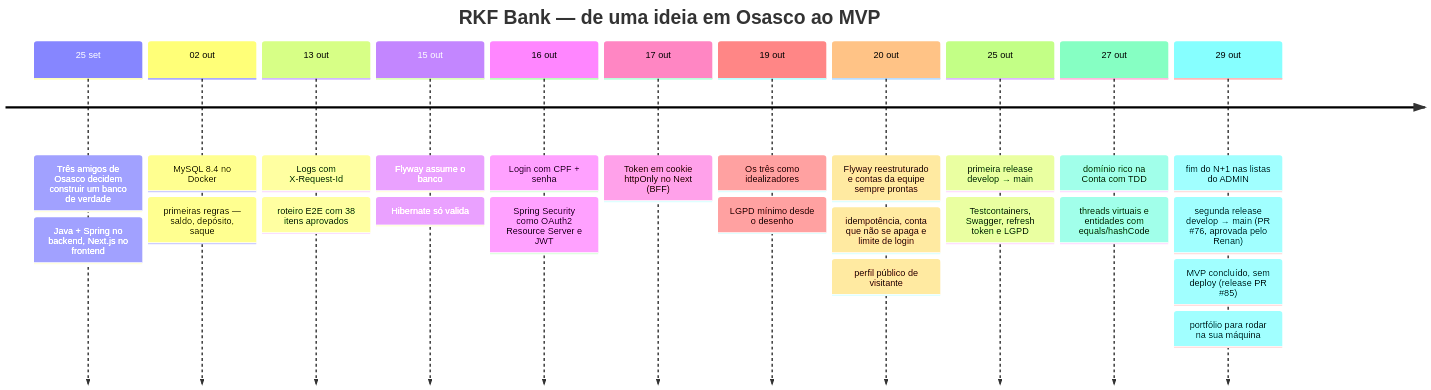
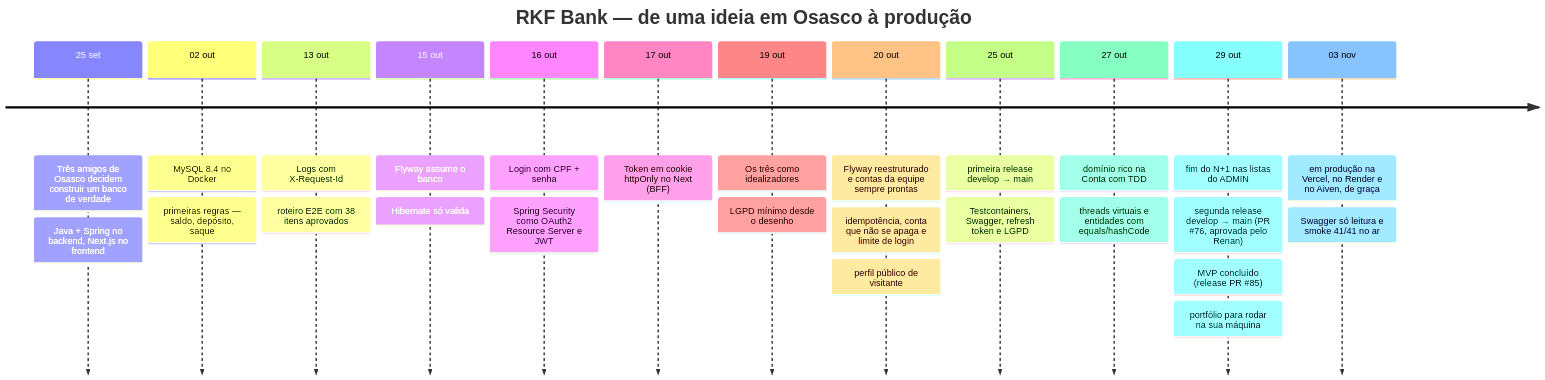
The fourth of 22 diagrams in README.md (k3vinrich4rd/k3vinrich4rd), drawn with Mermaid before and after one commit. The commit also changed other lines of this file and 8 other files, not shown here.

First line of the commit message:
docs(perfil): RKF Bank em produção (Vercel + Render + Aiven)

````diff
--- a/README.md
+++ b/README.md
@@ -616,15 +617,16 @@
 ```mermaid
 timeline
-    title RKF Bank — de uma ideia em Osasco ao MVP
+    title RKF Bank — de uma ideia em Osasco à produção
     25 set : Três amigos de Osasco decidem construir um banco de verdade : Java + Spring no backend, Next.js no frontend
     02 out : MySQL 8.4 no Docker : primeiras regras — saldo, depósito, saque
     13 out : Logs com X-Request-Id : roteiro E2E com 38 itens aprovados
     15 out : Flyway assume o banco : Hibernate só valida
     16 out : Login com CPF + senha : Spring Security como OAuth2 Resource Server e JWT
     17 out : Token em cookie httpOnly no Next (BFF)
     19 out : Os três como idealizadores : LGPD mínimo desde o desenho
     20 out : Flyway reestruturado e contas da equipe sempre prontas : idempotência, conta que não se apaga e limite de login : perfil público de visitante
     25 out : primeira release develop → main : Testcontainers, Swagger, refresh token e LGPD
     27 out : domínio rico na Conta com TDD : threads virtuais e entidades com equals/hashCode
-    29 out : fim do N+1 nas listas do ADMIN : segunda release develop → main (PR #76, aprovada pelo Renan) : MVP concluído, sem deploy (release PR #85): portfólio para rodar na sua máquina
+    29 out : fim do N+1 nas listas do ADMIN : segunda release develop → main (PR #76, aprovada pelo Renan) : MVP concluído (release PR #85): portfólio para rodar na sua máquina
+    03 nov : em produção na Vercel, no Render e no Aiven, de graça : Swagger só leitura e smoke 41/41 no ar
 ```
````
